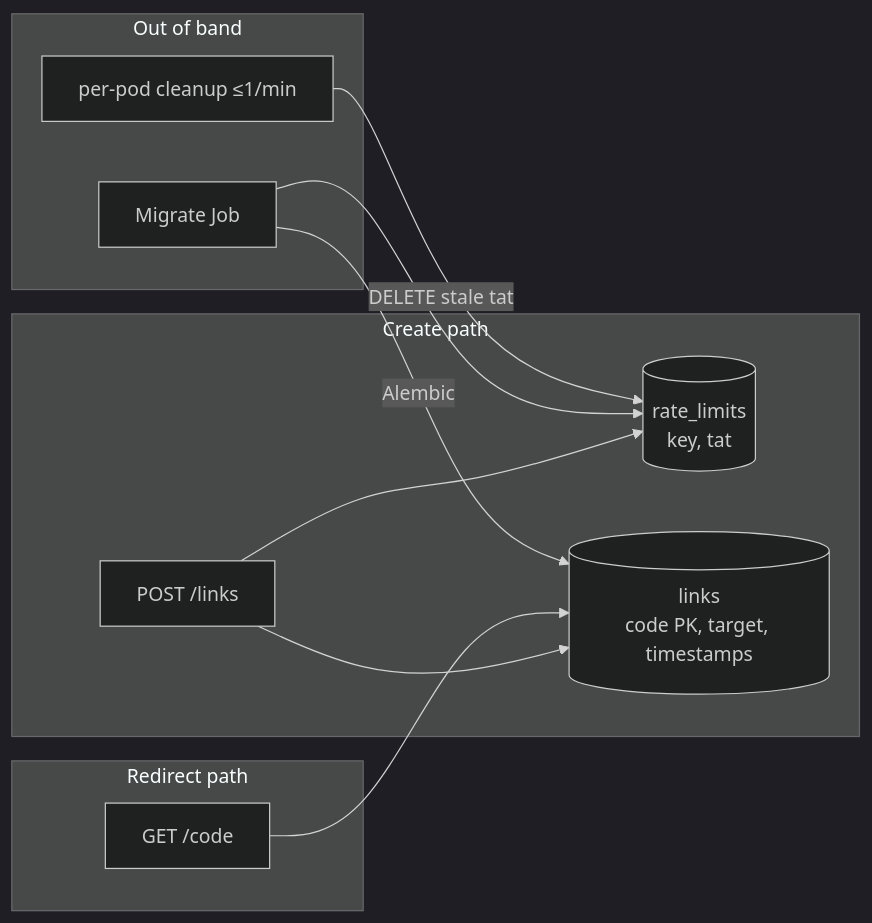
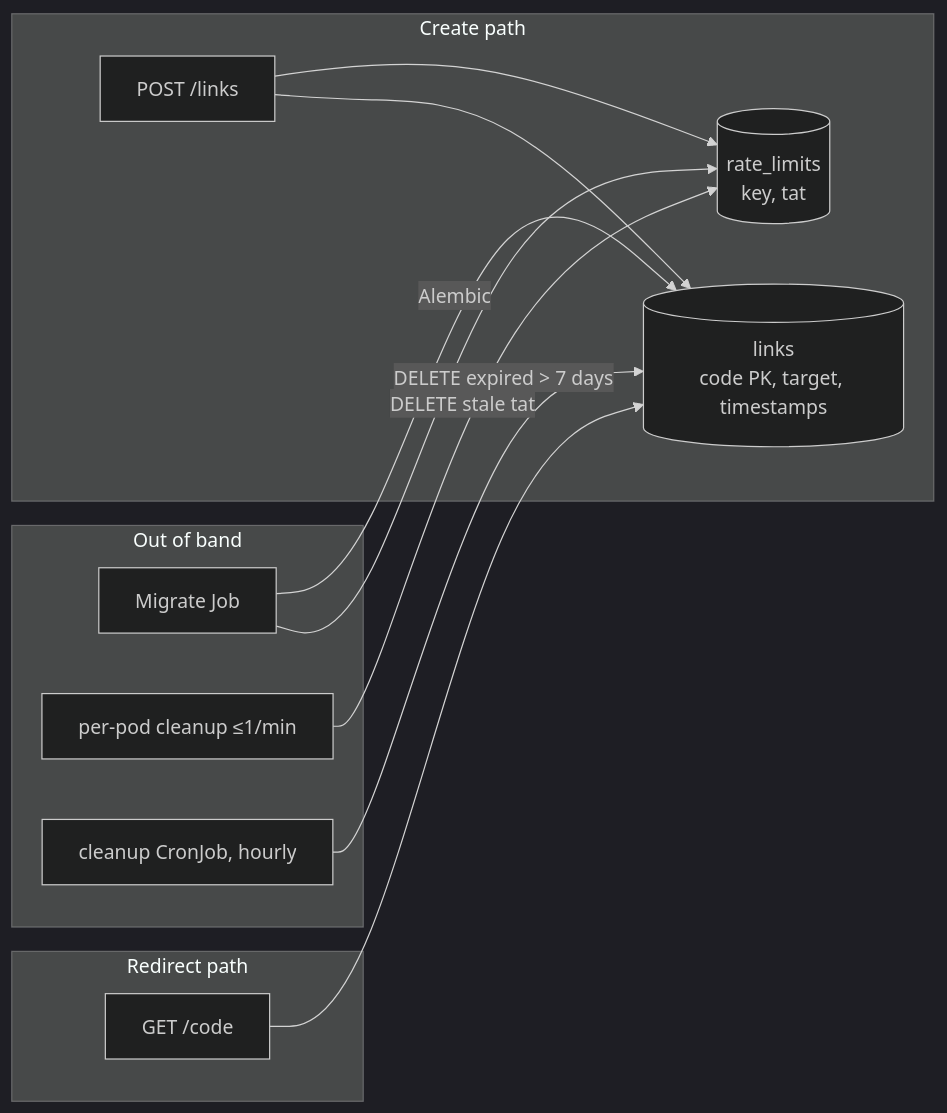
Before and after one commit to easypeasyops/links: the fourth of 5 diagrams in docs/DESIGN.md, drawn with Mermaid (dark theme). The commit also changed other lines of this file, not shown here.

First line of the commit message:
docs(design): data-flow section reflects the cleanup job (#31)

````diff
--- a/docs/DESIGN.md
+++ b/docs/DESIGN.md
@@ -180,15 +180,16 @@
 ```mermaid
 flowchart LR
   subgraph writePath [Create path]
     POST[POST /links] --> RL[(rate_limits<br/>key, tat)]
     POST --> L[(links<br/>code PK, target, timestamps)]
   end
   subgraph readPath [Redirect path]
     GET[GET /code] --> L
   end
   subgraph ops [Out of band]
     Mig[Migrate Job] -->|Alembic| L
     Mig --> RL
     Clean[per-pod cleanup ≤1/min] -->|DELETE stale tat| RL
+    Cron[cleanup CronJob, hourly] -->|DELETE expired > 7 days| L
   end
 ```
````
